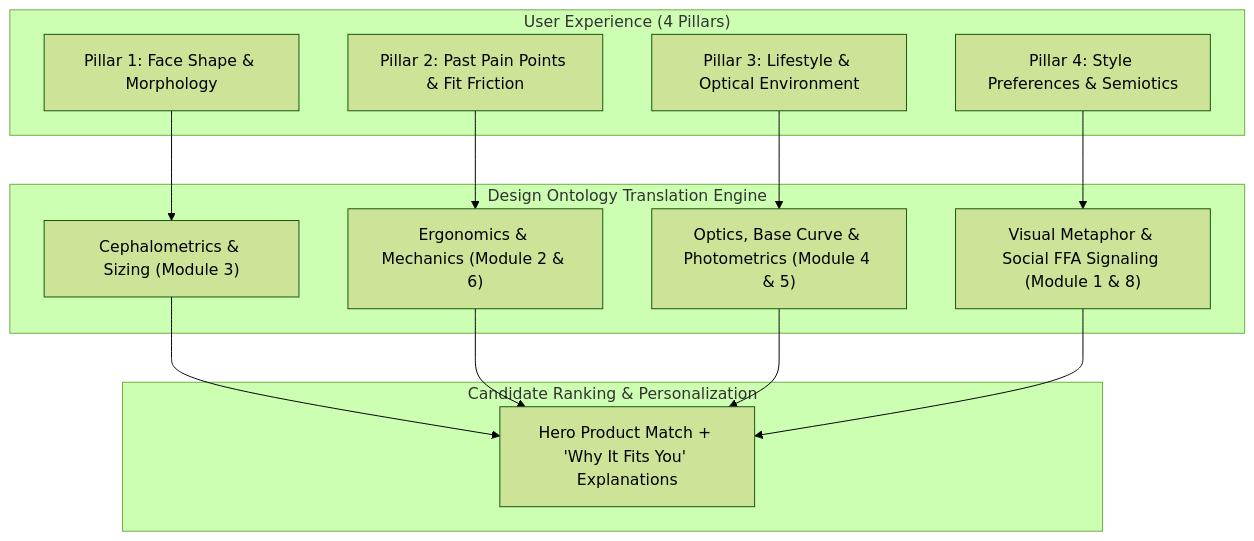
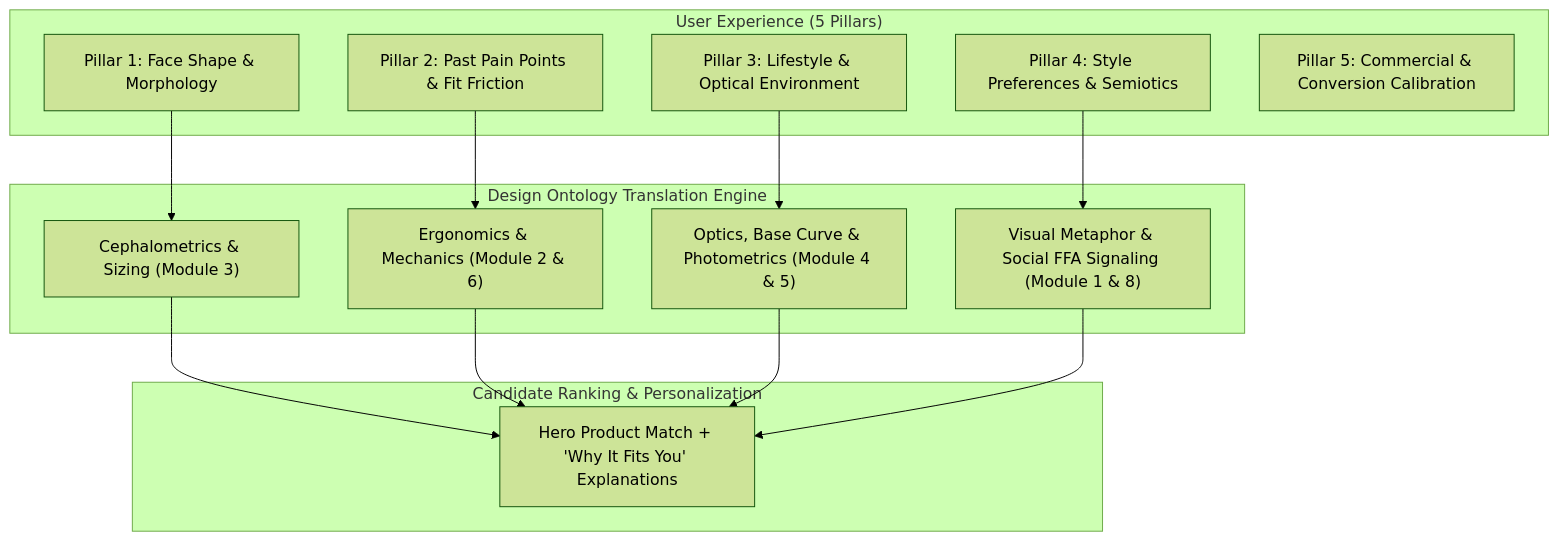
The diagram in quizly-question-framework.md (Boooober/quizly), drawn with Mermaid (forest theme) before and after one commit. The commit also changed other lines of this file and 7 other files, not shown here.

````diff
--- a/quizly-question-framework.md
+++ b/quizly-question-framework.md
@@ -8,27 +8,28 @@
 ```mermaid
 flowchart TD
-    subgraph UserInteraction ["User Experience (4 Pillars)"]
+    subgraph UserInteraction ["User Experience (5 Pillars)"]
         P1["Pillar 1: Face Shape & Morphology"]
         P2["Pillar 2: Past Pain Points & Fit Friction"]
         P3["Pillar 3: Lifestyle & Optical Environment"]
         P4["Pillar 4: Style Preferences & Semiotics"]
+        P5["Pillar 5: Commercial & Conversion Calibration"]
     end
 
     subgraph OntologicalEngine ["Design Ontology Translation Engine"]
         T1["Cephalometrics & Sizing (Module 3)"]
         T2["Ergonomics & Mechanics (Module 2 & 6)"]
         T3["Optics, Base Curve & Photometrics (Module 4 & 5)"]
         T4["Visual Metaphor & Social FFA Signaling (Module 1 & 8)"]
     end
 
     subgraph Output ["Candidate Ranking & Personalization"]
         Rec["Hero Product Match + 'Why It Fits You' Explanations"]
     end
 
     P1 --> T1
     P2 --> T2
     P3 --> T3
     P4 --> T4
 
     T1 & T2 & T3 & T4 --> Rec
 ```
````
